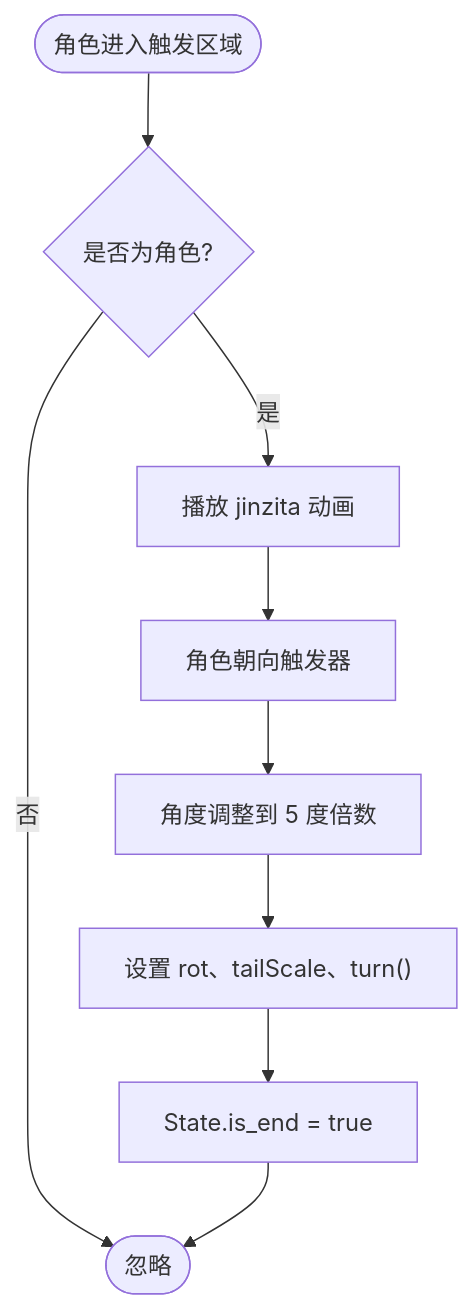
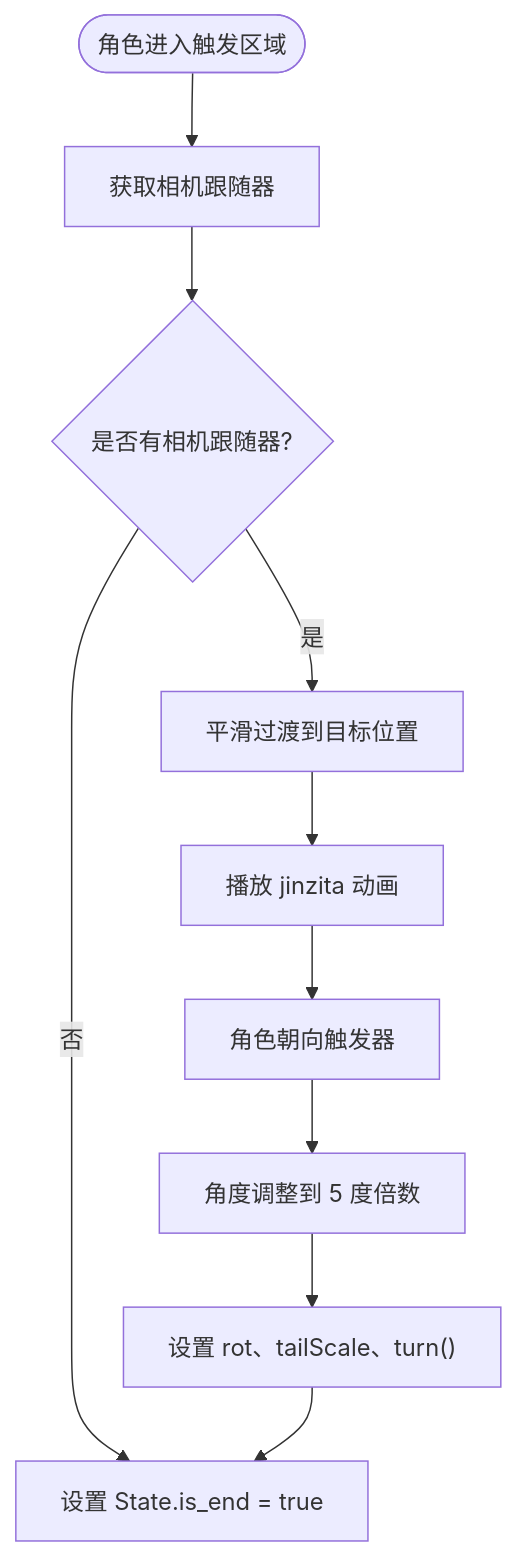
One commit to godotline/godot-line changed the sixth of 11 diagrams in .qoder/repowiki/zh/content/游戏系统/触发器系统/触发器系统.md. Above: the diagram before and after it, drawn with Mermaid. The commit also changed other lines of this file and 10 other files, not shown here.

````diff
--- a/.qoder/repowiki/zh/content/游戏系统/触发器系统/触发器系统.md
+++ b/.qoder/repowiki/zh/content/游戏系统/触发器系统/触发器系统.md
@@ -409,11 +387,12 @@
 ```mermaid
 flowchart TD
-Start(["角色进入触发区域"]) --> CheckChar{"是否为角色?"}
-CheckChar --> |否| End(["忽略"])
-CheckChar --> |是| PlayAnim["播放 jinzita 动画"]
+Start(["角色进入触发区域"]) --> GetCamera["获取相机跟随器"]
+GetCamera --> CheckCamera{"是否有相机跟随器?"}
+CheckCamera --> |否| SetEnd["设置 State.is_end = true"]
+CheckCamera --> |是| LerpCamera["平滑过渡到目标位置"]
+LerpCamera --> PlayAnim["播放 jinzita 动画"]
 PlayAnim --> LookAt["角色朝向触发器"]
 LookAt --> RoundAngle["角度调整到 5 度倍数"]
 RoundAngle --> SetFlags["设置 rot、tailScale、turn()"]
-SetFlags --> SetEnd["State.is_end = true"]
-SetEnd --> End
+SetFlags --> SetEnd
 ```
````
